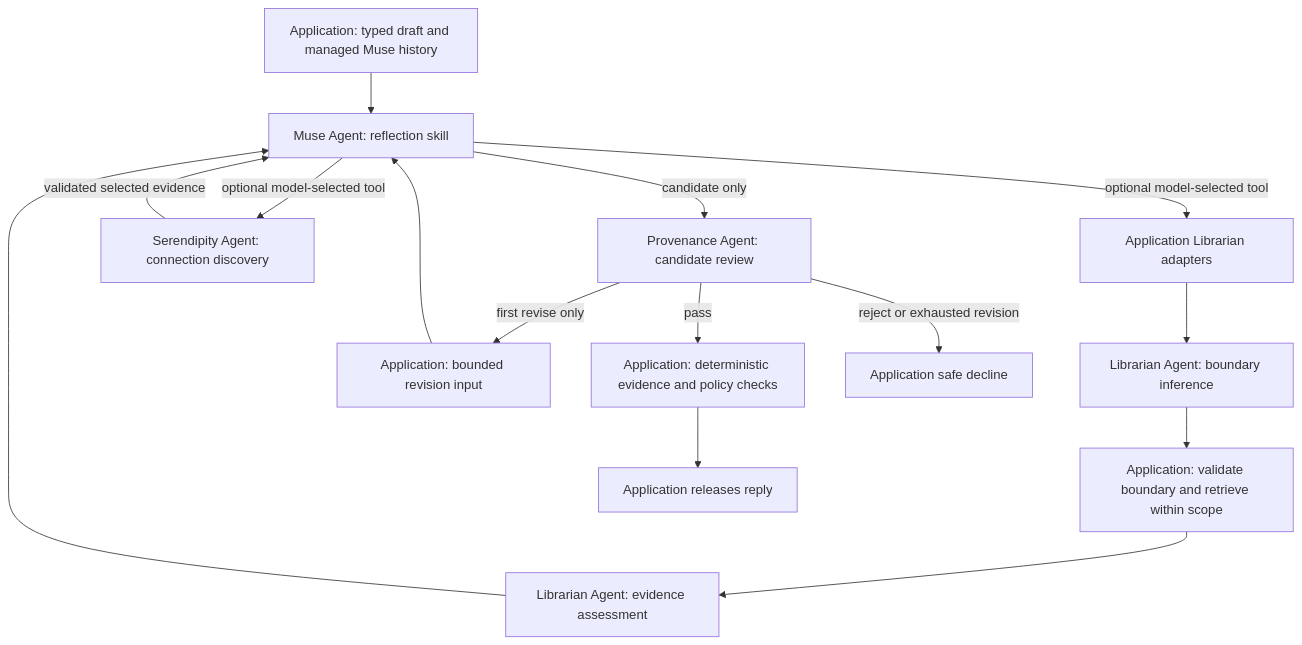
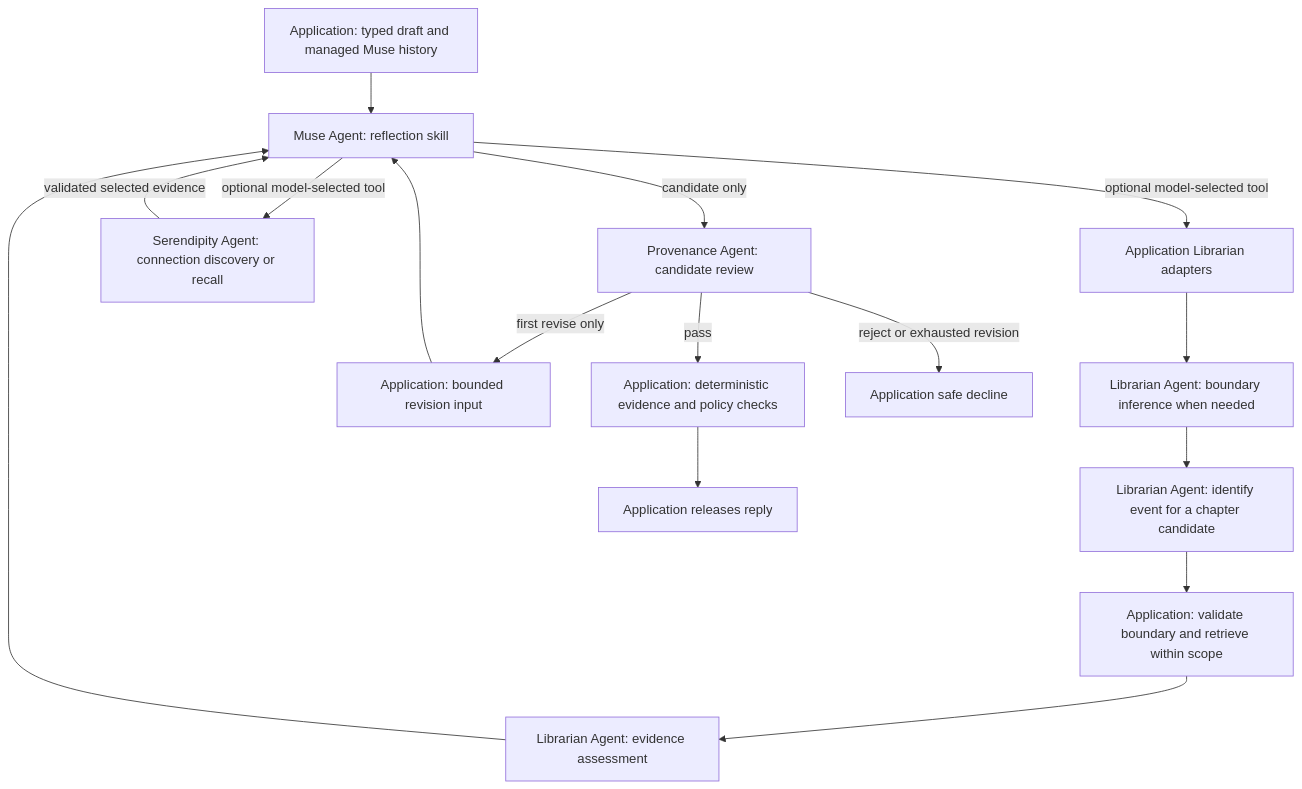
One commit to DesmondChoy/linger changed the first of 2 diagrams in docs/specification.md. Above: the diagram before and after it, drawn with Mermaid. The commit also changed other lines of this file and 29 other files, not shown here.

````diff
--- a/docs/specification.md
+++ b/docs/specification.md
@@ -282,17 +295,18 @@
 ```mermaid
 flowchart TD
     A[Application: typed draft and managed Muse history] --> M[Muse Agent: reflection skill]
     M -->|optional model-selected tool| L[Application Librarian adapters]
-    L --> B[Librarian Agent: boundary inference]
-    B --> R[Application: validate boundary and retrieve within scope]
+    L --> B[Librarian Agent: boundary inference when needed]
+    B --> I[Librarian Agent: identify event for a chapter candidate]
+    I --> R[Application: validate boundary and retrieve within scope]
     R --> E[Librarian Agent: evidence assessment]
     E --> M
-    M -->|optional model-selected tool| S[Serendipity Agent: connection discovery]
+    M -->|optional model-selected tool| S[Serendipity Agent: connection discovery or recall]
     S -->|validated selected evidence| M
     M -->|candidate only| P[Provenance Agent: candidate review]
     P -->|first revise only| V[Application: bounded revision input]
     V --> M
     P -->|pass| D[Application: deterministic evidence and policy checks]
     D --> U[Application releases reply]
     P -->|reject or exhausted revision| F[Application safe decline]
 ```
````
